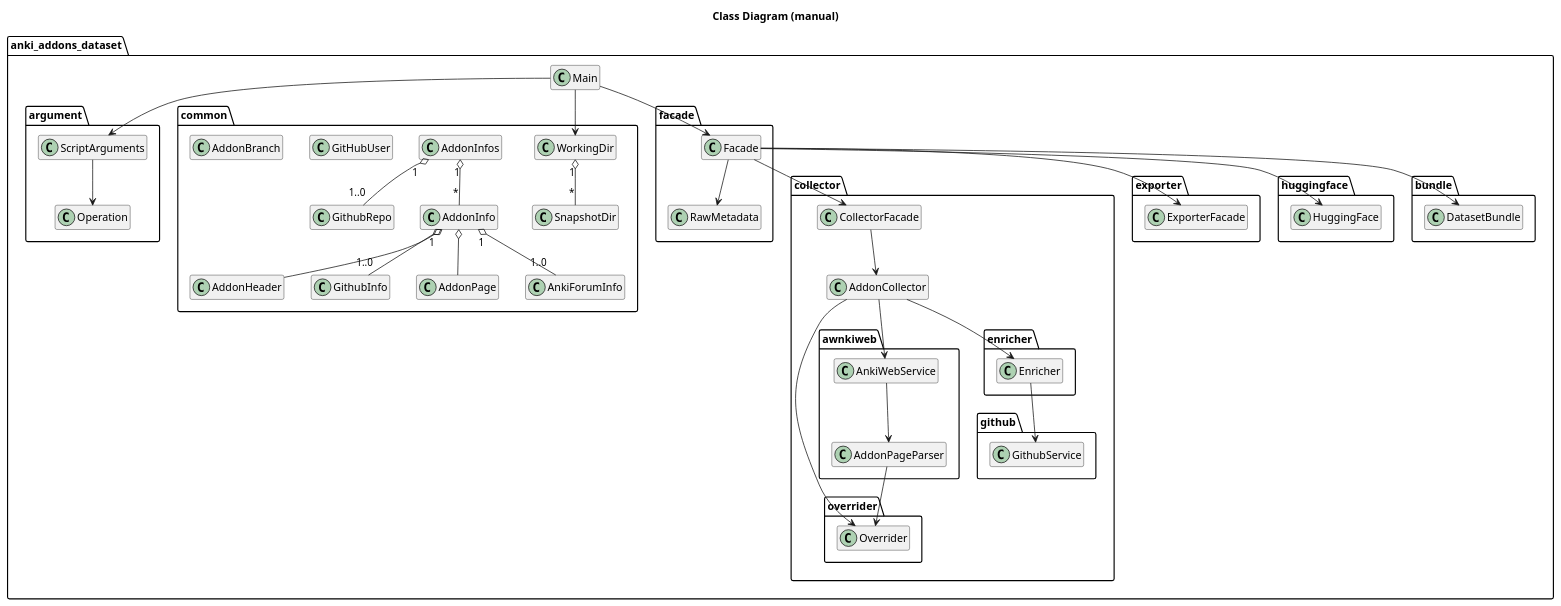
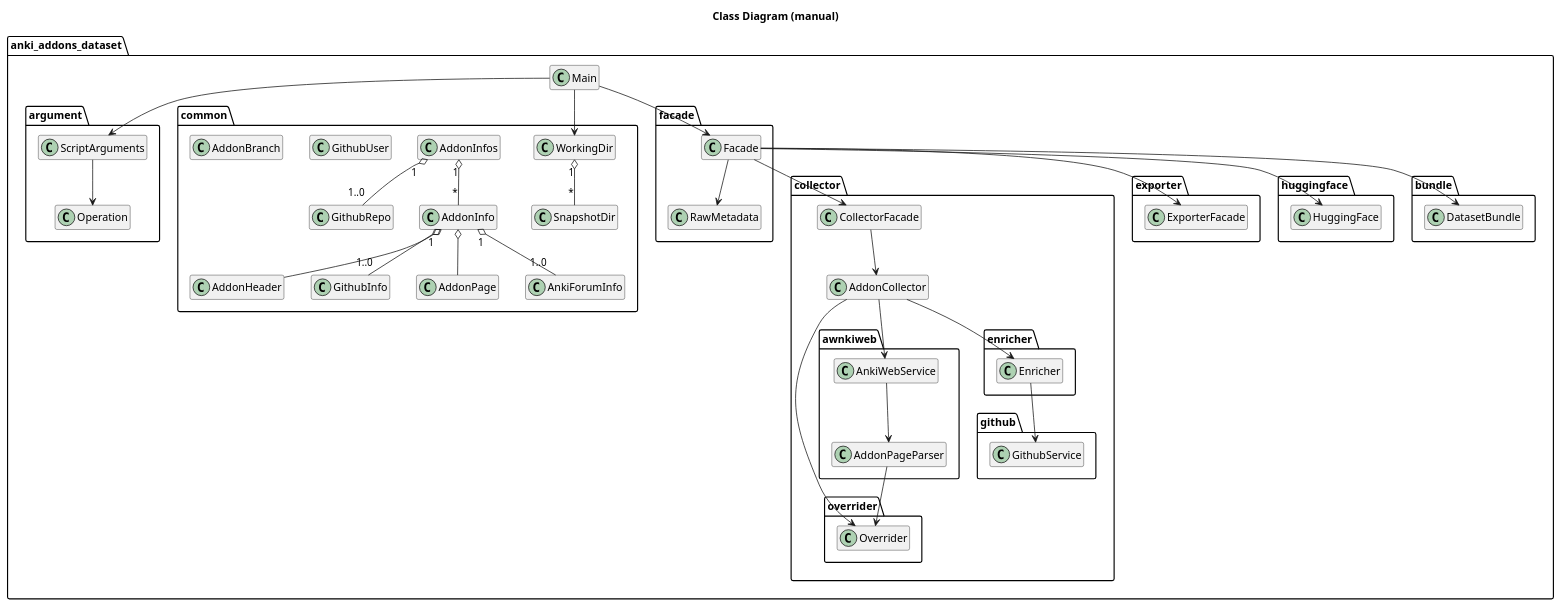
One commit to Aleks-Ya/anki-addons-dataset changed the diagram in doc/uml/human/class-all.puml. Above: the diagram before and after it, drawn with PlantUML. The commit also changed 29 other files, not shown here.

```diff
--- a/doc/uml/human/class-all.puml
+++ b/doc/uml/human/class-all.puml
@@ -1,84 +1,84 @@
 @startuml
 'https://plantuml.com/class-diagram
 
 title Class Diagram (manual)
 
 hide empty members
 
 package anki_addons_dataset {
     class Main
     package argument {
         class ScriptArguments
         class Operation
     }
     package common {
         class WorkingDir
         class SnapshotDir
         class AddonInfos
         class AddonHeader
-        class GitHubUser
+        class GithubUser
         class GithubRepo
         class GithubInfo
         class AddonBranch
         class AddonPage
         class AddonInfo
         class AnkiForumInfo
     }
     package facade {
         class Facade
         class RawMetadata
     }
     package collector {
         class CollectorFacade
         class AddonCollector
         package overrider {
             class Overrider
         }
         package awnkiweb {
             class AddonPageParser
             class AnkiWebService
         }
         package github {
             class GithubService
         }
         package enricher {
             class Enricher
         }
     }
     package exporter {
         class ExporterFacade
     }
     package huggingface {
         class HuggingFace
     }
     package bundle {
         class DatasetBundle
     }
 }
 
 ScriptArguments --> Operation
 Main --> ScriptArguments
 Main --> WorkingDir
 Main --> Facade
 WorkingDir "1" o-- "*" SnapshotDir
 Facade --> RawMetadata
 Facade --> CollectorFacade
 CollectorFacade --> AddonCollector
 AddonPageParser --> Overrider
 AnkiWebService --> AddonPageParser
 AddonCollector --> AnkiWebService
 AddonCollector --> Overrider
 Enricher --> GithubService
 AddonCollector --> Enricher
 Facade --> ExporterFacade
 Facade --> HuggingFace
 Facade --> DatasetBundle
 
 AddonInfos "1" o-- "*" AddonInfo
 AddonInfos "1" o-- "1..0" GithubRepo
 AddonInfo o-- AddonHeader
 AddonInfo o-- AddonPage
 AddonInfo "1" o-- "1..0" GithubInfo
 AddonInfo "1" o-- "1..0" AnkiForumInfo
 
 @enduml
```
